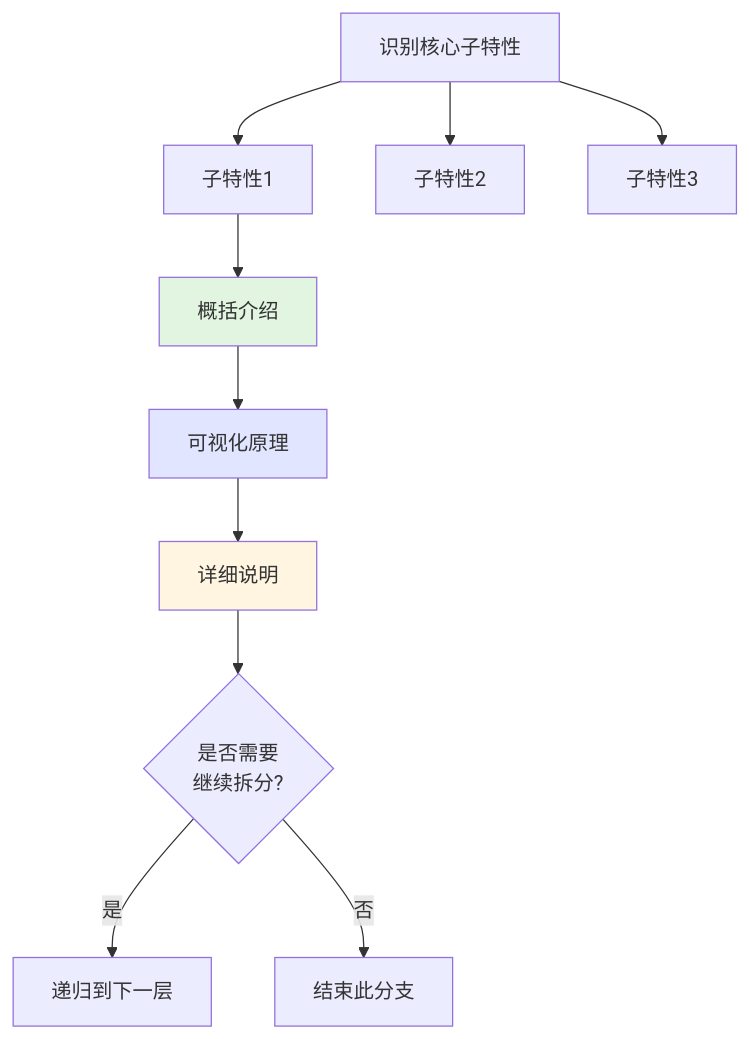
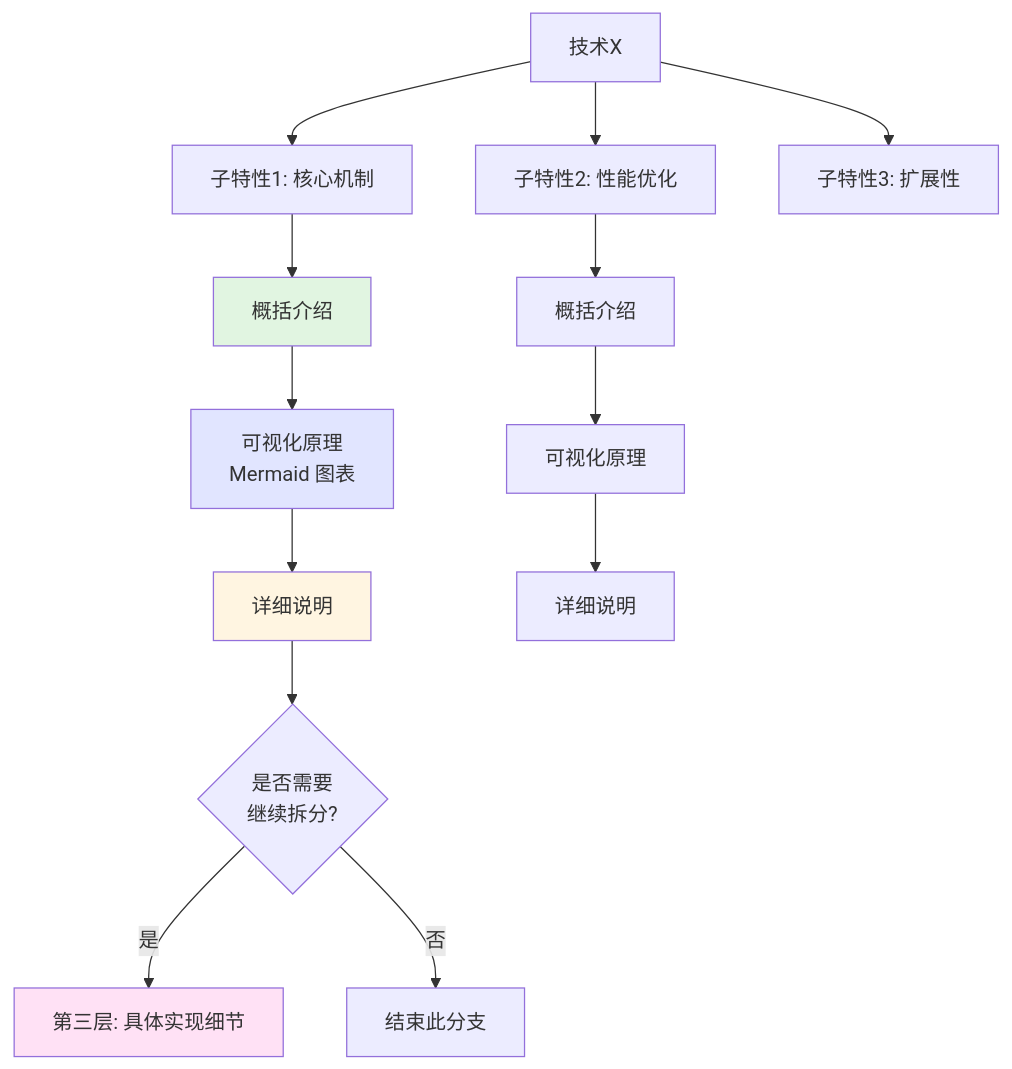
Before and after one commit to JIA-ss/agents: the eighth of 20 diagrams in agents/research.md, drawn with Mermaid. The commit also changed other lines of this file, not shown here.

````diff
--- a/agents/research.md
+++ b/agents/research.md
@@ -258,17 +254,22 @@
 ```mermaid
 graph TD
-    A[识别核心子特性] --> B[子特性1]
-    A --> C[子特性2]
-    A --> D[子特性3]
+    A[技术X] --> B[子特性1: 核心机制]
+    A --> C[子特性2: 性能优化]
+    A --> D[子特性3: 扩展性]
 
     B --> B1[概括介绍]
-    B1 --> B2[可视化原理]
+    B1 --> B2[可视化原理<br/>Mermaid 图表]
     B2 --> B3[详细说明]
     B3 --> B4{是否需要<br/>继续拆分?}
-    B4 -->|是| B5[递归到下一层]
+    B4 -->|是| B5[第三层: 具体实现细节]
     B4 -->|否| B6[结束此分支]
+
+    C --> C1[概括介绍]
+    C1 --> C2[可视化原理]
+    C2 --> C3[详细说明]
 
     style B1 fill:#e1f5e1
     style B2 fill:#e1e5ff
     style B3 fill:#fff5e1
+    style B5 fill:#ffe1f5
 ```
````
